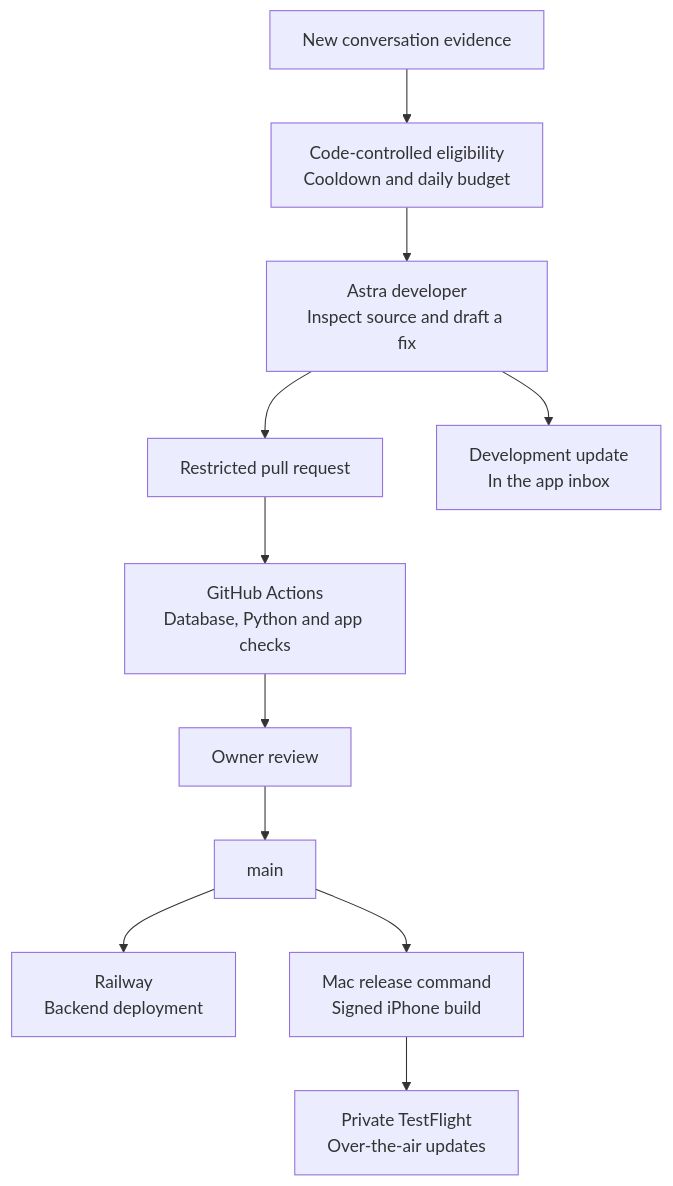
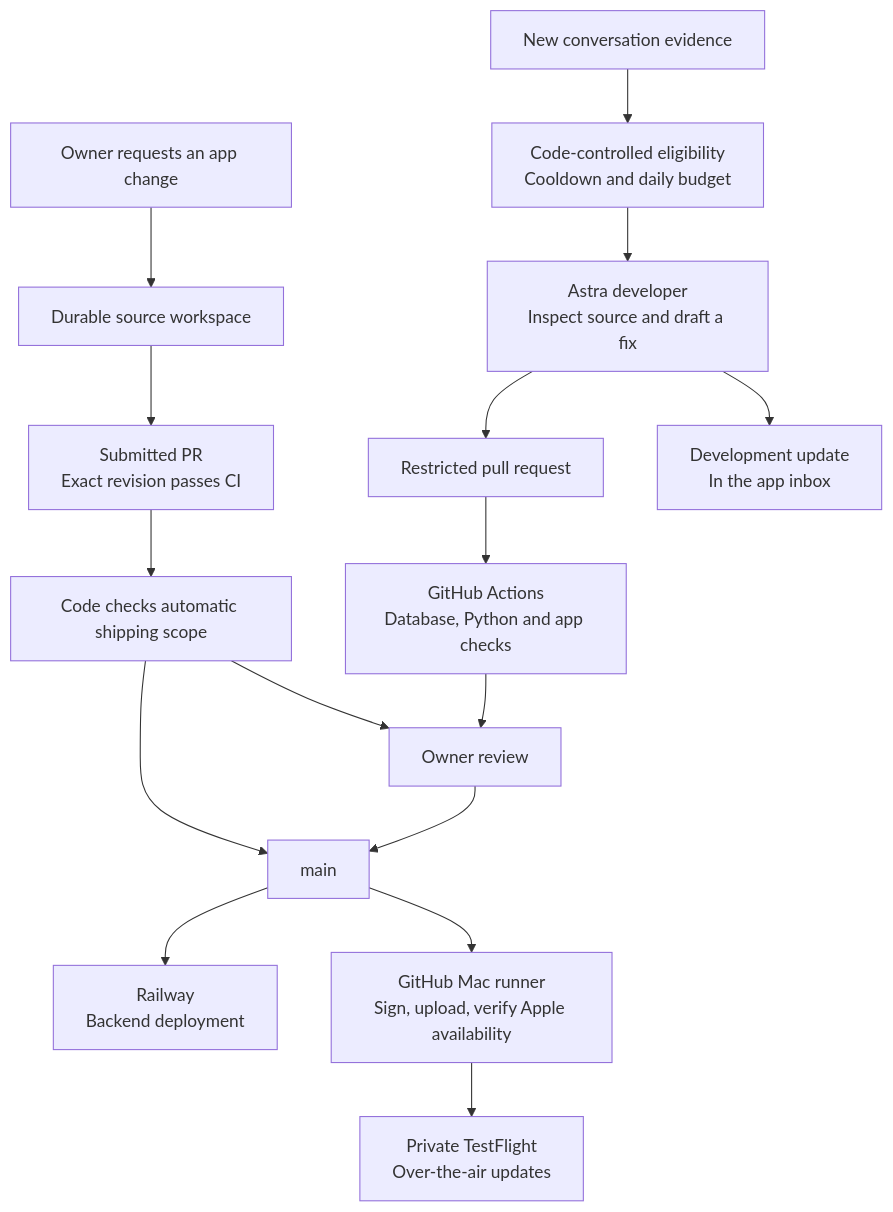
The diagram in README.md (carterDWatts/personal_assistant), drawn with Mermaid before and after one commit. The commit also changed other lines of this file and 15 other files, not shown here.

````diff
--- a/README.md
+++ b/README.md
@@ -59,13 +59,18 @@
 ```mermaid
 flowchart TB
     chat["New conversation evidence"] --> gate["Code-controlled eligibility<br/>Cooldown and daily budget"]
     gate --> astra["Astra developer<br/>Inspect source and draft a fix"]
     astra --> pr["Restricted pull request"]
     pr --> ci["GitHub Actions<br/>Database, Python and app checks"]
     ci --> review["Owner review"]
     review --> main["main"]
     main --> host["Railway<br/>Backend deployment"]
-    main --> release["Mac release command<br/>Signed iPhone build"]
+    request["Owner requests an app change"] --> workspace["Durable source workspace"]
+    workspace --> submitted["Submitted PR<br/>Exact revision passes CI"]
+    submitted --> scope["Code checks automatic shipping scope"]
+    scope --> main
+    scope --> review
+    main --> release["GitHub Mac runner<br/>Sign, upload, verify Apple availability"]
     release --> phone["Private TestFlight<br/>Over-the-air updates"]
     astra --> inbox["Development update<br/>In the app inbox"]
 ```
````
